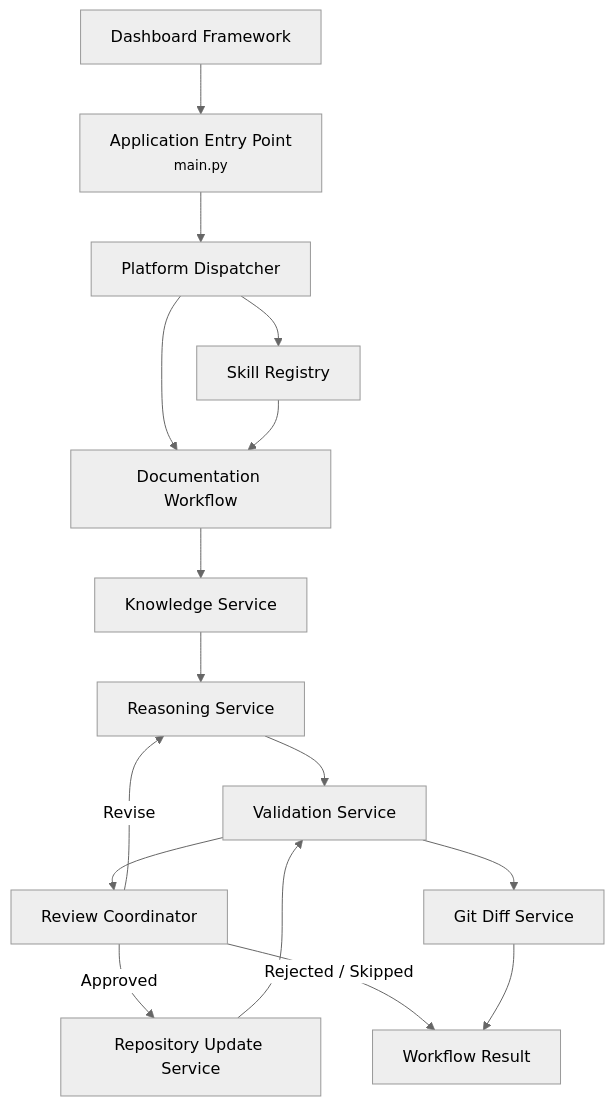
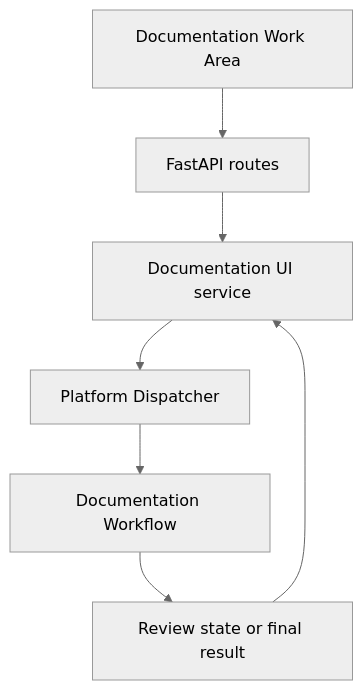
One commit to pgailinas/project0 changed the first of 3 diagrams in docs/agents/documentation/Documentation_Agent_Architecture.md. Above: the diagram before and after it, drawn with Mermaid (neutral theme). The commit also changed other lines of this file and 7 other files, not shown here.

````diff
--- a/docs/agents/documentation/Documentation_Agent_Architecture.md
+++ b/docs/agents/documentation/Documentation_Agent_Architecture.md
@@ -63,37 +67,9 @@
-``` mermaid
+```mermaid
 flowchart TD
-    UI["Dashboard Framework"]
-    A["Application Entry Point<br/><small>main.py</small>"]
-    B["Platform Dispatcher"]
-    C["Documentation Workflow"]
-    S["Skill Registry"]
-
-    D["Knowledge Service"]
-    E["Reasoning Service"]
-    F["Validation Service"]
-
-    G["Review Coordinator"]
-    H["Repository Update Service"]
-    I["Git Diff Service"]
-
-    J["Workflow Result"]
-
-    UI --> A
-    A --> B
-    B --> C
-    B --> S
-    S --> C
-
-    C --> D
-    D --> E
-    E --> F
-    F --> G
-
-    G -->|Approved| H
-    G -->|Rejected / Skipped| J
-    G -->|Revise| E
-
-    H --> F
-    F --> I
-    I --> J
+    Browser["Documentation Work Area"] --> Routes["FastAPI routes"]
+    Routes --> UIService["Documentation UI service"]
+    UIService --> Dispatcher["Platform Dispatcher"]
+    Dispatcher --> Workflow["Documentation Workflow"]
+    Workflow --> Result["Review state or final result"]
+    Result --> UIService
 ```
````
